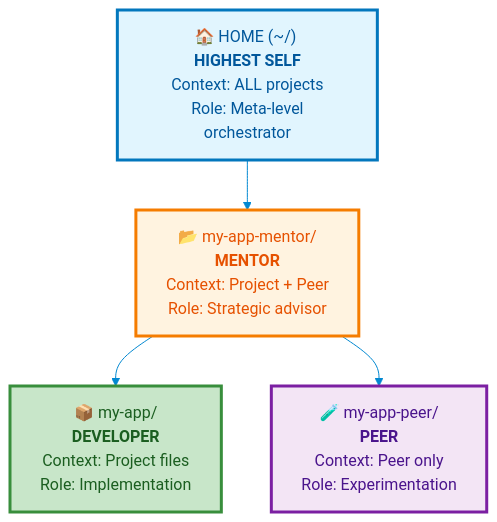
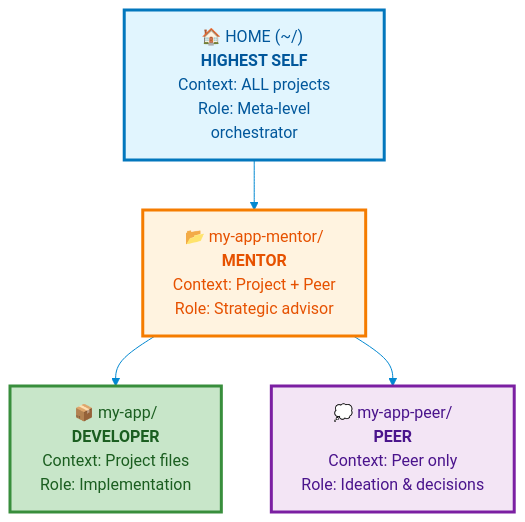
The diagram in assets/diagrams/directory-hierarchy.mmd (MartyBonacci/four-minds-pattern), drawn with Mermaid before and after one commit. The commit also changed 13 other files, not shown here.

Commit message:
updated diagrams

```diff
--- a/assets/diagrams/directory-hierarchy.mmd
+++ b/assets/diagrams/directory-hierarchy.mmd
@@ -1,18 +1,18 @@
 %%{init: {'theme':'base', 'themeVariables': { 'primaryColor':'#e1f5fe','primaryTextColor':'#01579b','primaryBorderColor':'#0277bd','lineColor':'#0288d1','secondaryColor':'#fff3e0','tertiaryColor':'#f3e5f5'}}}%%
 graph TD
     HOME["🏠 HOME (~/) <br/> <b>HIGHEST SELF</b> <br/> Context: ALL projects <br/> Role: Meta-level orchestrator"]
 
     MENTOR["📂 my-app-mentor/ <br/> <b>MENTOR</b> <br/> Context: Project + Peer <br/> Role: Strategic advisor"]
 
     PROJECT["📦 my-app/ <br/> <b>DEVELOPER</b> <br/> Context: Project files <br/> Role: Implementation"]
 
-    PEER["🧪 my-app-peer/ <br/> <b>PEER</b> <br/> Context: Peer only <br/> Role: Experimentation"]
+    PEER["💭 my-app-peer/ <br/> <b>PEER</b> <br/> Context: Peer only <br/> Role: Ideation & decisions"]
 
     HOME --> MENTOR
     MENTOR --> PROJECT
     MENTOR --> PEER
 
     style HOME fill:#e1f5fe,stroke:#0277bd,stroke-width:3px,color:#01579b
     style MENTOR fill:#fff3e0,stroke:#f57c00,stroke-width:3px,color:#e65100
     style PROJECT fill:#c8e6c9,stroke:#388e3c,stroke-width:3px,color:#1b5e20
     style PEER fill:#f3e5f5,stroke:#7b1fa2,stroke-width:3px,color:#4a148c
```
